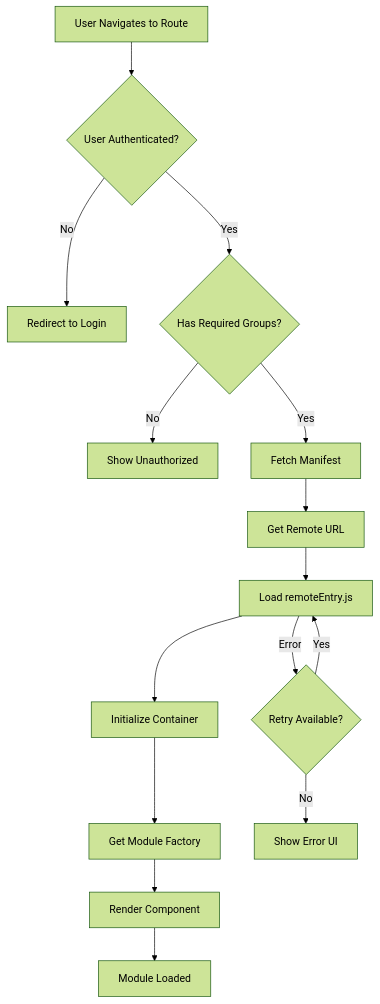
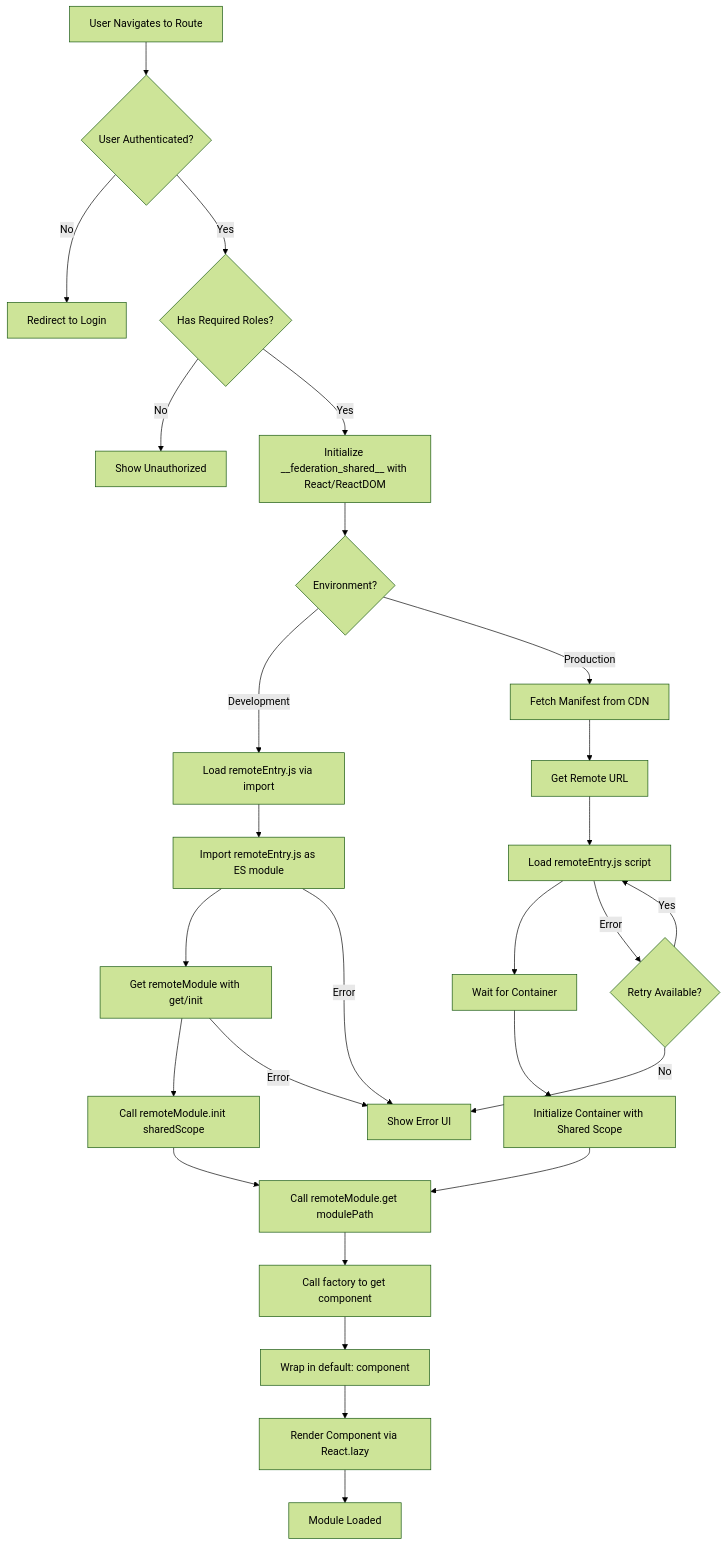
The fifth of 15 diagrams in docs/architecture-overview.md (roberjo/react-federation), drawn with Mermaid (forest theme) before and after one commit. The commit also changed other lines of this file and 21 other files, not shown here.

Commit message:
updated remote module federation to load properly

````diff
--- a/docs/architecture-overview.md
+++ b/docs/architecture-overview.md
@@ -194,18 +236,37 @@
 ```mermaid
 flowchart TD
     Start[User Navigates to Route] --> CheckAuth{User Authenticated?}
     CheckAuth -->|No| Login[Redirect to Login]
-    CheckAuth -->|Yes| CheckGroups{Has Required Groups?}
-    CheckGroups -->|No| Unauthorized[Show Unauthorized]
-    CheckGroups -->|Yes| FetchManifest[Fetch Manifest]
+    CheckAuth -->|Yes| CheckRoles{Has Required Roles?}
+    CheckRoles -->|No| Unauthorized[Show Unauthorized]
+    CheckRoles -->|Yes| InitSharedScope[Initialize Shared Scope]
+    InitSharedScope[Initialize __federation_shared__ with React/ReactDOM] --> CheckEnv{Environment?}
+    
+    CheckEnv -->|Development| LoadDev[Load remoteEntry.js via import]
+    CheckEnv -->|Production| FetchManifest[Fetch Manifest from CDN]
+    
     FetchManifest --> GetURL[Get Remote URL]
-    GetURL --> LoadScript[Load remoteEntry.js]
-    LoadScript --> InitContainer[Initialize Container]
-    InitContainer --> GetModule[Get Module Factory]
-    GetModule --> Render[Render Component]
+    GetURL --> LoadScript[Load remoteEntry.js script]
+    LoadScript --> WaitContainer[Wait for Container]
+    
+    LoadDev --> ImportModule[Import remoteEntry.js as ES module]
+    ImportModule --> GetRemoteModule[Get remoteModule with get/init]
+    
+    WaitContainer --> InitContainer[Initialize Container with Shared Scope]
+    GetRemoteModule --> InitRemote[Call remoteModule.init sharedScope]
+    
+    InitContainer --> GetFactory[Get Module Factory]
+    InitRemote --> GetFactory[Call remoteModule.get modulePath]
+    
+    GetFactory --> CallFactory[Call factory to get component]
+    CallFactory --> WrapComponent[Wrap in default: component]
+    WrapComponent --> Render[Render Component via React.lazy]
     Render --> End[Module Loaded]
     
     LoadScript -->|Error| Retry{Retry Available?}
     Retry -->|Yes| LoadScript
     Retry -->|No| Error[Show Error UI]
+    
+    ImportModule -->|Error| Error
+    GetRemoteModule -->|Error| Error
 ```
````
